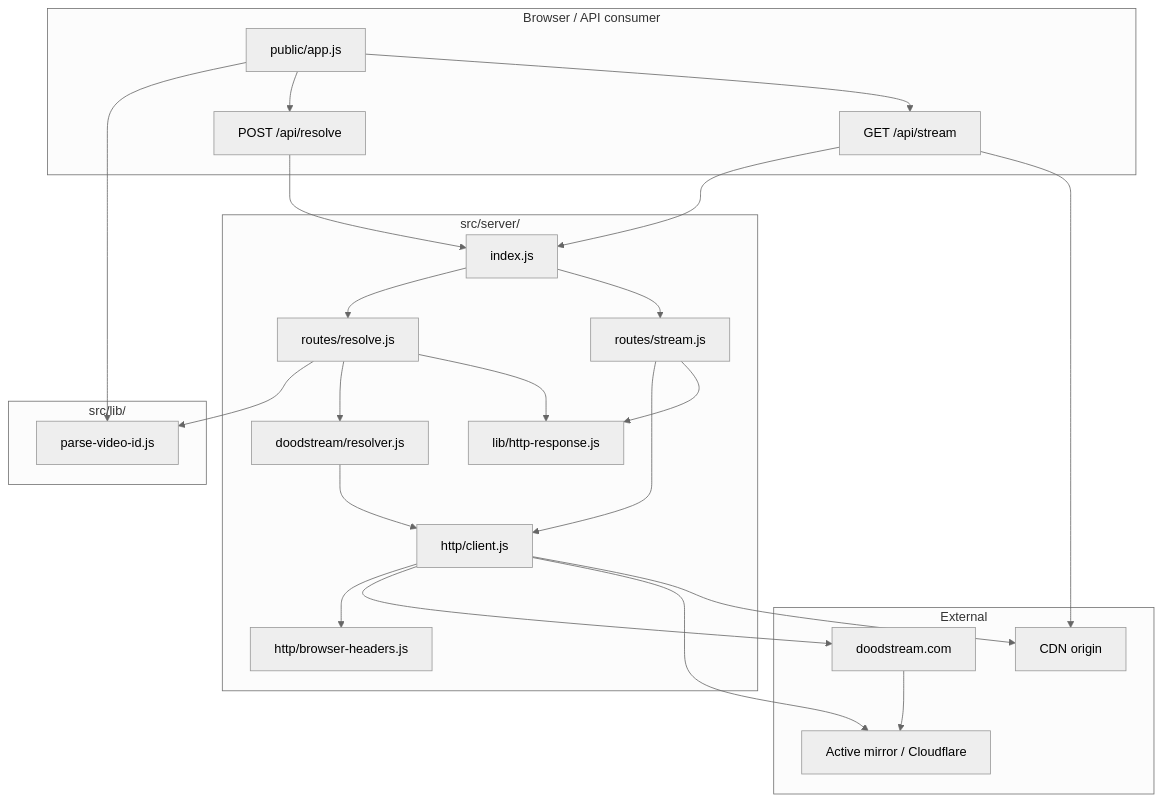
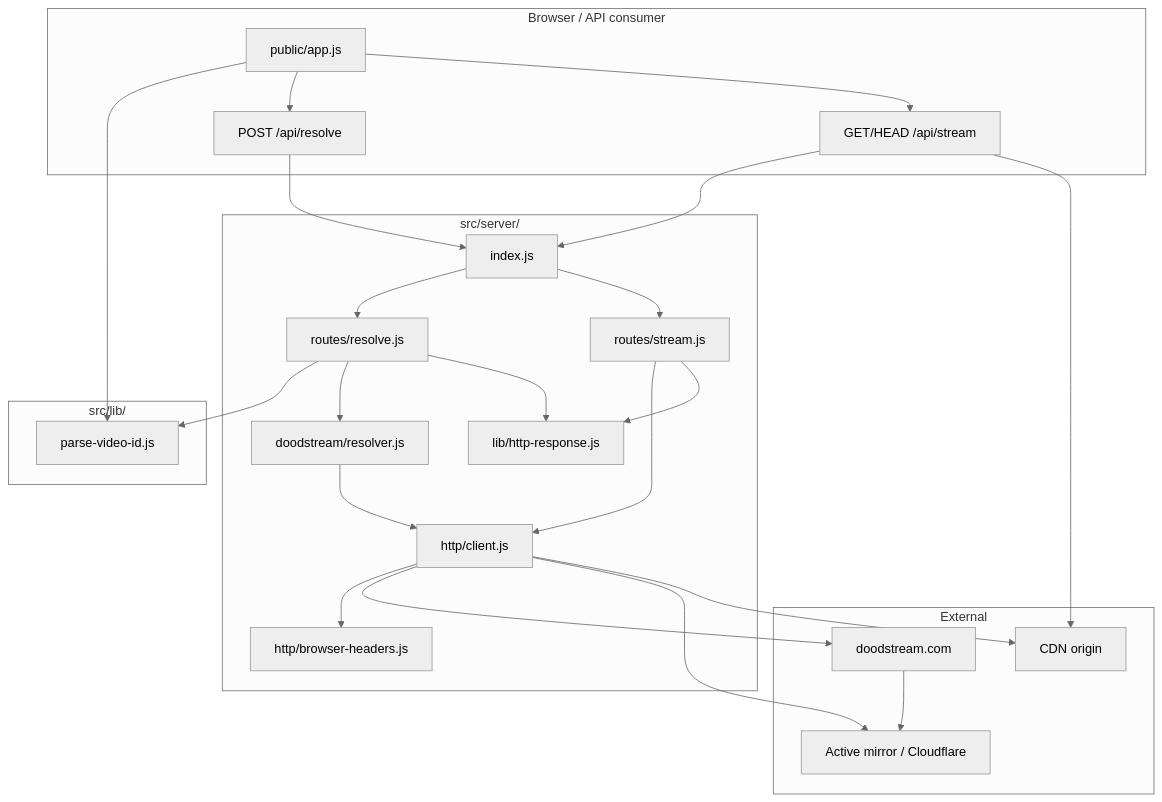
The first of 2 diagrams in README.md (sharoon7171/doodstream-direct-resolver), drawn with Mermaid (neutral theme) before and after one commit. The commit also changed other lines of this file and 2 other files, not shown here.

Commit message:
add HEAD support on stream proxy and document it in README

````diff
--- a/README.md
+++ b/README.md
@@ -23,48 +23,48 @@
 ```mermaid
 flowchart TB
   subgraph client [Browser / API consumer]
     UI[public/app.js]
     API[POST /api/resolve]
-    Proxy[GET /api/stream]
+    Proxy[GET/HEAD /api/stream]
   end
 
   subgraph server [src/server/]
     Index[index.js]
     ResolveRoute[routes/resolve.js]
     StreamRoute[routes/stream.js]
     Resolver[doodstream/resolver.js]
     HttpClient[http/client.js]
     Headers[http/browser-headers.js]
     HttpResp[lib/http-response.js]
   end
 
   subgraph shared [src/lib/]
     ParseId[parse-video-id.js]
   end
 
   subgraph external [External]
     Bootstrap[doodstream.com]
     Mirror[Active mirror / Cloudflare]
     CDN[CDN origin]
   end
 
   UI --> ParseId
   UI --> API
   UI --> Proxy
   API --> Index
   Proxy --> Index
   Index --> ResolveRoute
   Index --> StreamRoute
   ResolveRoute --> ParseId
   ResolveRoute --> Resolver
   StreamRoute --> HttpClient
   Resolver --> HttpClient
   HttpClient --> Headers
   ResolveRoute --> HttpResp
   StreamRoute --> HttpResp
   HttpClient --> Bootstrap
   Bootstrap --> Mirror
   HttpClient --> Mirror
   HttpClient --> CDN
   Proxy --> CDN
 ```
````
